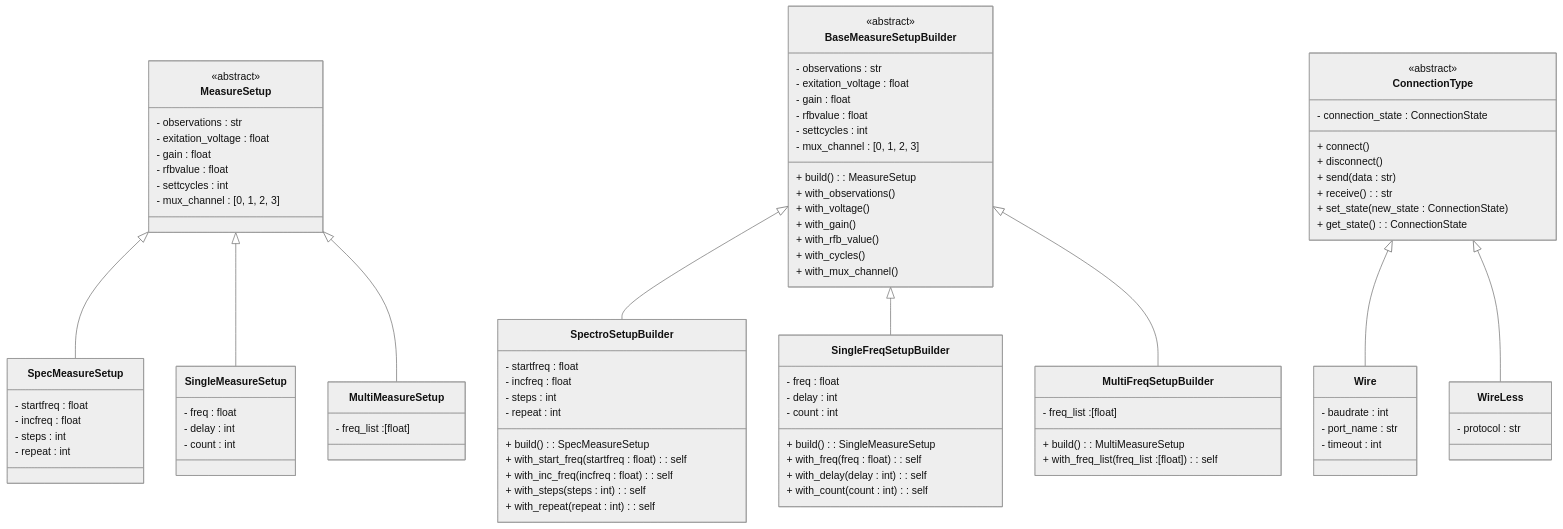
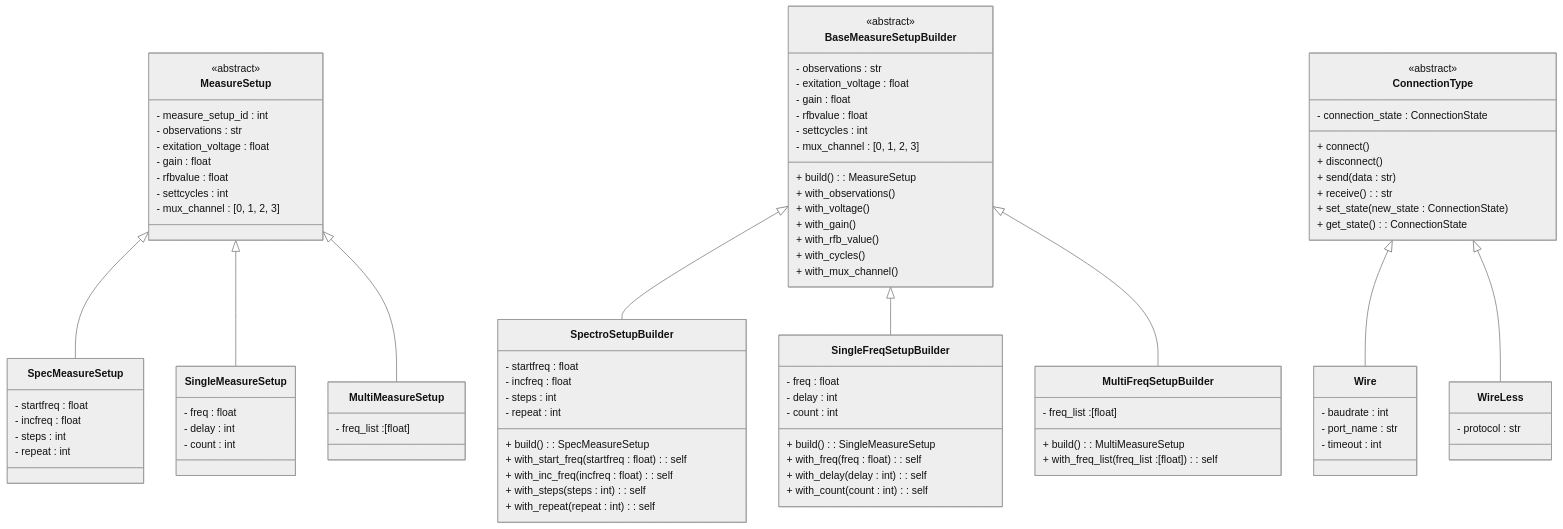
The second of 15 diagrams in Gmini-MarkDown/Diagramas/Diagramas de Clases.md (alegrelias/Repo-GMini), drawn with Mermaid (neutral theme) before and after one commit. The commit also changed other lines of this file, not shown here.

```diff
--- a/Gmini-MarkDown/Diagramas/Diagramas de Clases.md
+++ b/Gmini-MarkDown/Diagramas/Diagramas de Clases.md
@@ -393,6 +395,7 @@
 
 class MeasureSetup {
 	<<abstract>>
+	- measure_setup_id : int
 	- observations : str
 	- exitation_voltage : float
 	- gain : float
```
